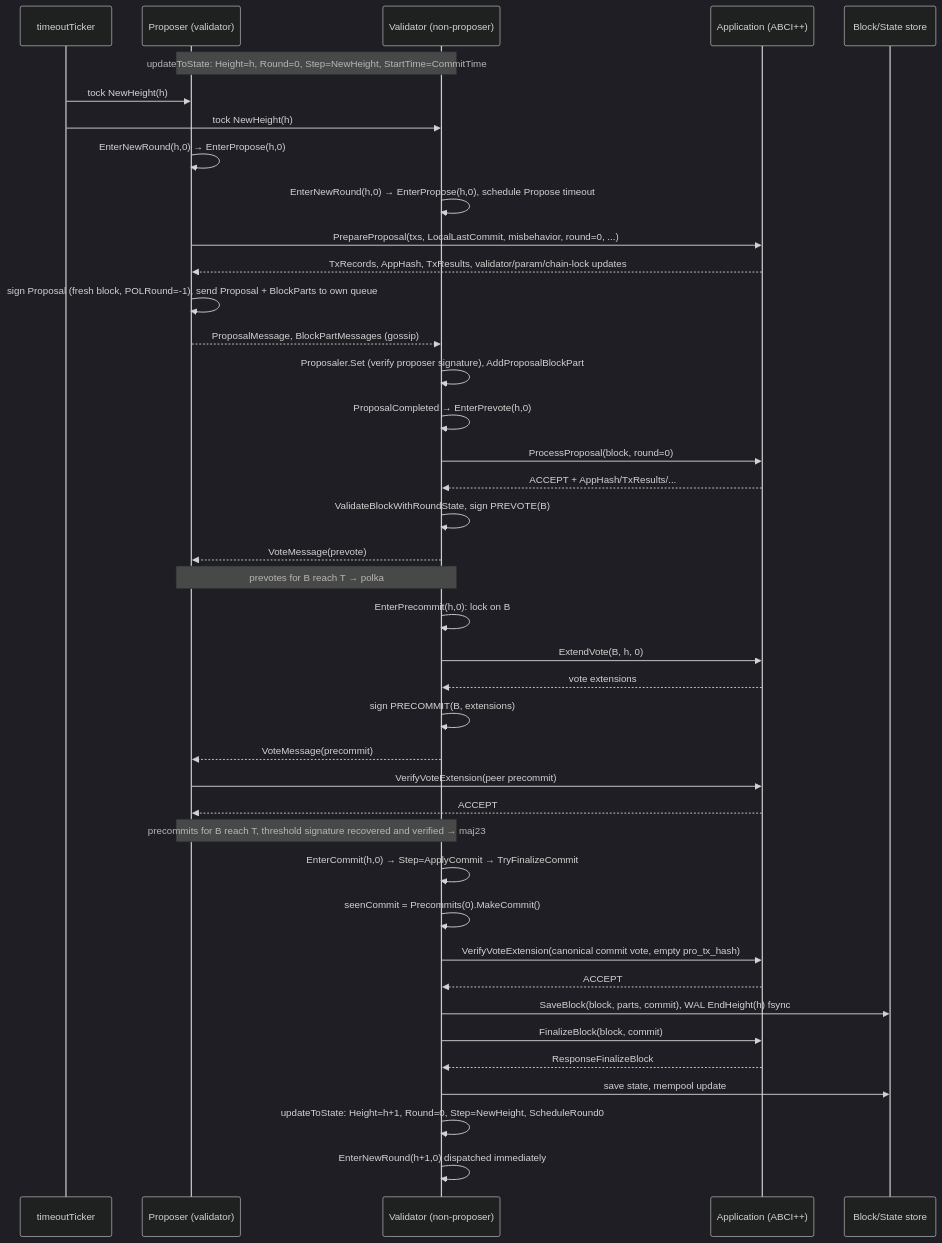
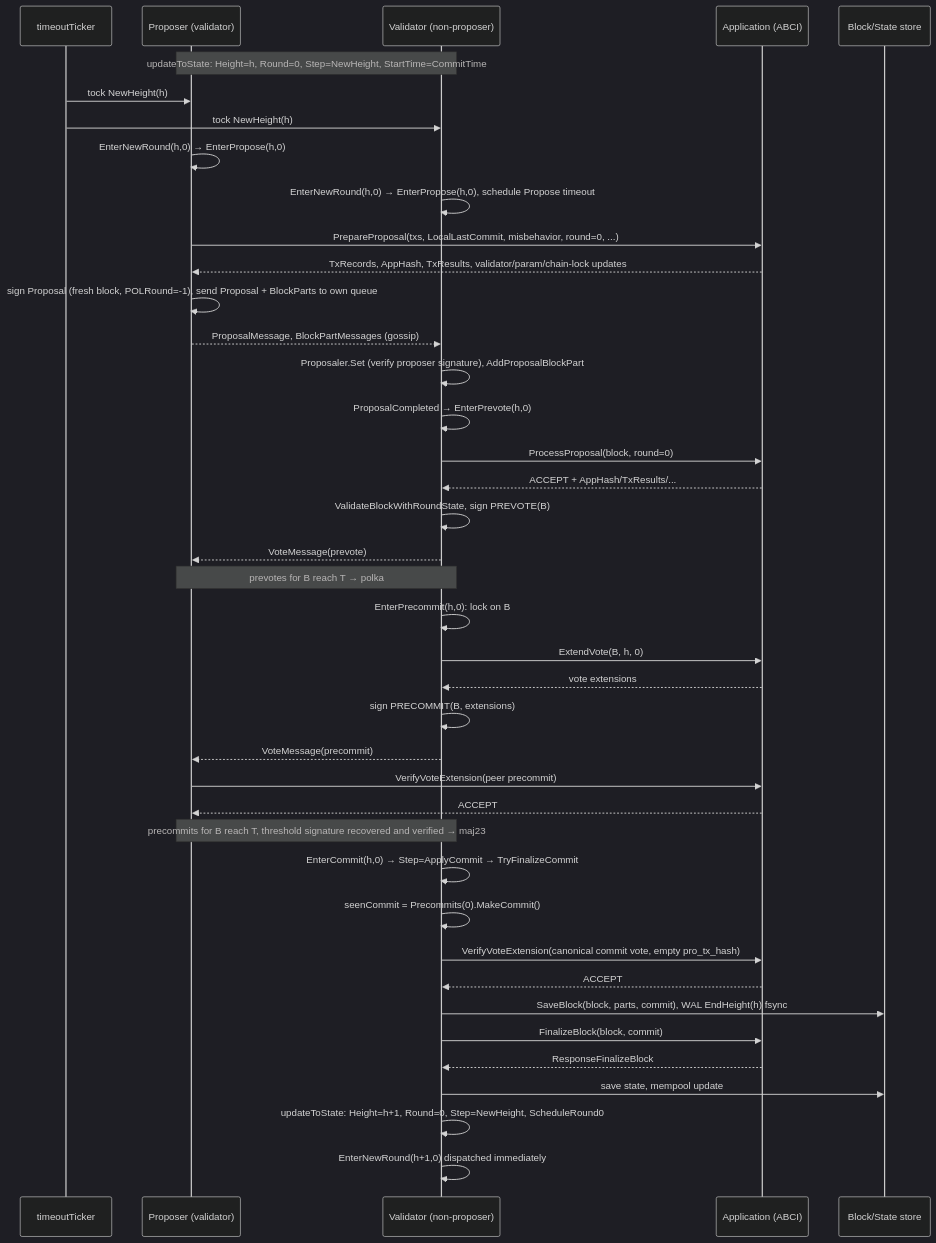
Before and after one commit to dashpay/tenderdash: the diagram in spec/consensus/consensus-happy-path.md, drawn with Mermaid (dark theme). The commit also changed 107 other files, not shown here.

````diff
--- a/spec/consensus/consensus-happy-path.md
+++ b/spec/consensus/consensus-happy-path.md
@@ -16,43 +16,43 @@
 ```mermaid
 sequenceDiagram
     participant T as timeoutTicker
     participant P as Proposer (validator)
     participant V as Validator (non-proposer)
-    participant A as Application (ABCI++)
+    participant A as Application (ABCI)
     participant S as Block/State store
 
     Note over P,V: updateToState: Height=h, Round=0, Step=NewHeight, StartTime=CommitTime
     T->>P: tock NewHeight(h)
     T->>V: tock NewHeight(h)
     P->>P: EnterNewRound(h,0) → EnterPropose(h,0)
     V->>V: EnterNewRound(h,0) → EnterPropose(h,0), schedule Propose timeout
     P->>A: PrepareProposal(txs, LocalLastCommit, misbehavior, round=0, ...)
     A-->>P: TxRecords, AppHash, TxResults, validator/param/chain-lock updates
     P->>P: sign Proposal (fresh block, POLRound=-1), send Proposal + BlockParts to own queue
     P-->>V: ProposalMessage, BlockPartMessages (gossip)
     V->>V: Proposaler.Set (verify proposer signature), AddProposalBlockPart
     V->>V: ProposalCompleted → EnterPrevote(h,0)
     V->>A: ProcessProposal(block, round=0)
     A-->>V: ACCEPT + AppHash/TxResults/...
     V->>V: ValidateBlockWithRoundState, sign PREVOTE(B)
     V-->>P: VoteMessage(prevote)
     Note over P,V: prevotes for B reach T → polka
     V->>V: EnterPrecommit(h,0): lock on B
     V->>A: ExtendVote(B, h, 0)
     A-->>V: vote extensions
     V->>V: sign PRECOMMIT(B, extensions)
     V-->>P: VoteMessage(precommit)
     P->>A: VerifyVoteExtension(peer precommit)
     A-->>P: ACCEPT
     Note over P,V: precommits for B reach T, threshold signature recovered and verified → maj23
     V->>V: EnterCommit(h,0) → Step=ApplyCommit → TryFinalizeCommit
     V->>V: seenCommit = Precommits(0).MakeCommit()
     V->>A: VerifyVoteExtension(canonical commit vote, empty pro_tx_hash)
     A-->>V: ACCEPT
     V->>S: SaveBlock(block, parts, commit), WAL EndHeight(h) fsync
     V->>A: FinalizeBlock(block, commit)
     A-->>V: ResponseFinalizeBlock
     V->>S: save state, mempool update
     V->>V: updateToState: Height=h+1, Round=0, Step=NewHeight, ScheduleRound0
     V->>V: EnterNewRound(h+1,0) dispatched immediately
 ```
````
